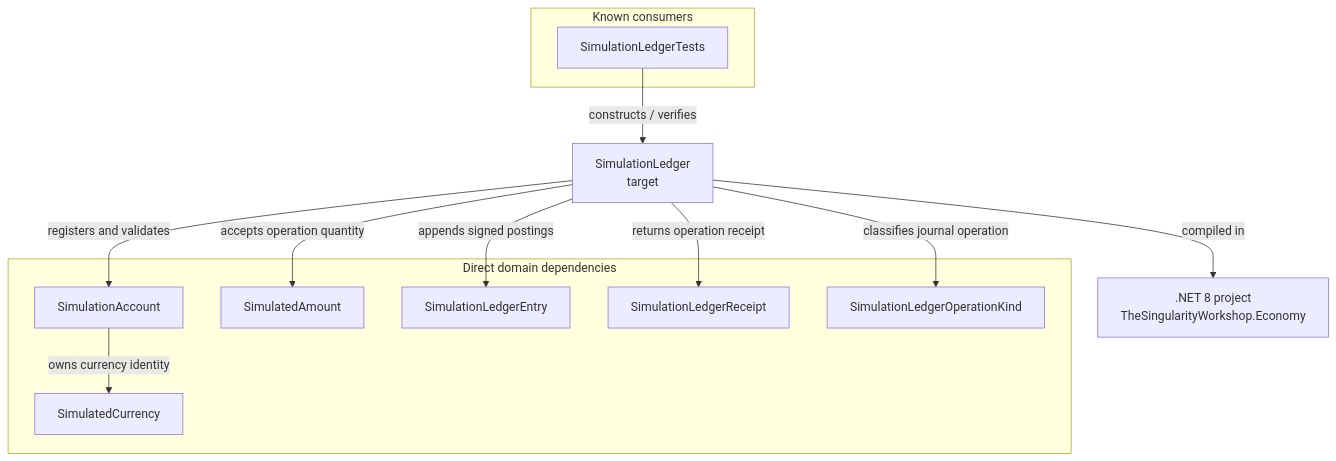
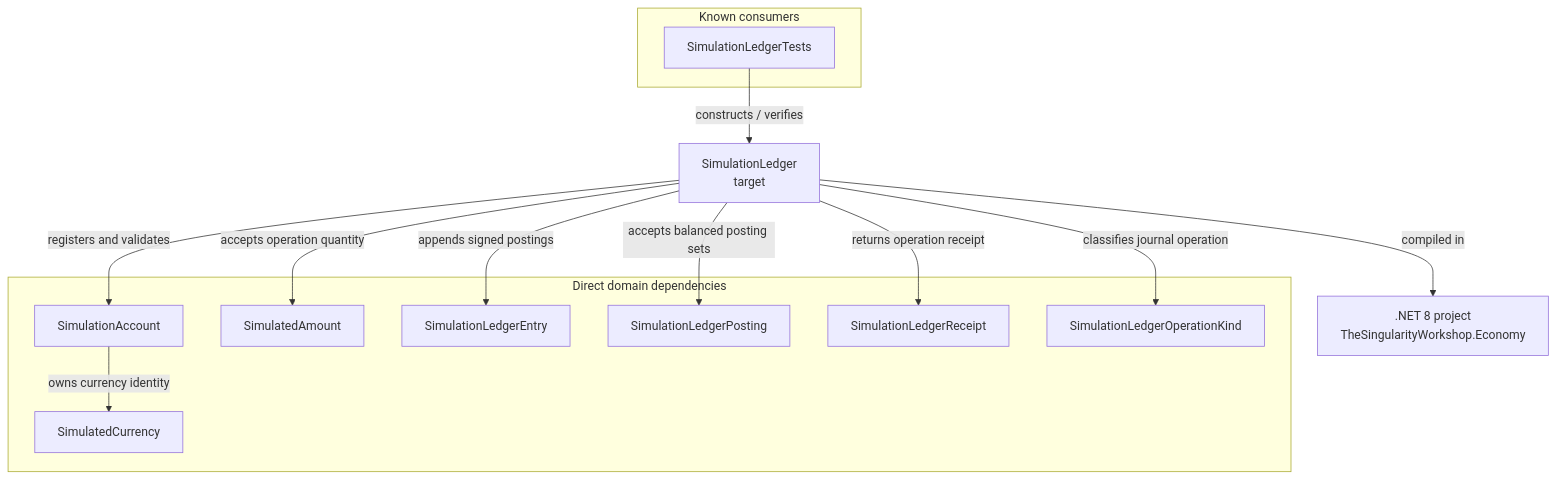
The diagram in docs/UML/SimulationLedgerUML.md (TrentBest/TheSingularityWorkshop.Economy), drawn with Mermaid before and after one commit. The commit also changed other lines of this file, not shown here.

Commit message:
docs: map atomic multi-account ledger use cases

````diff
--- a/docs/UML/SimulationLedgerUML.md
+++ b/docs/UML/SimulationLedgerUML.md
@@ -19,28 +19,30 @@
 ```mermaid
 flowchart TB
   subgraph Users["Known consumers"]
     T["SimulationLedgerTests"]
   end
 
   L["SimulationLedger<br/>target"]
   
   subgraph Dependencies["Direct domain dependencies"]
     A["SimulationAccount"]
     C["SimulatedCurrency"]
     M["SimulatedAmount"]
     E["SimulationLedgerEntry"]
+    Q["SimulationLedgerPosting"]
     R["SimulationLedgerReceipt"]
     K["SimulationLedgerOperationKind"]
   end
 
   P[".NET 8 project<br/>TheSingularityWorkshop.Economy"]
 
   T -->|"constructs / verifies"| L
   L -->|"registers and validates"| A
   A -->|"owns currency identity"| C
   L -->|"accepts operation quantity"| M
   L -->|"appends signed postings"| E
+  L -->|"accepts balanced posting sets"| Q
   L -->|"returns operation receipt"| R
   L -->|"classifies journal operation"| K
   L -->|"compiled in"| P
 ```
````
